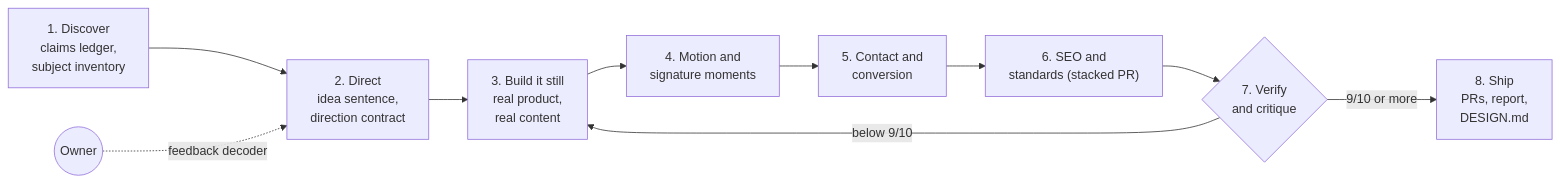
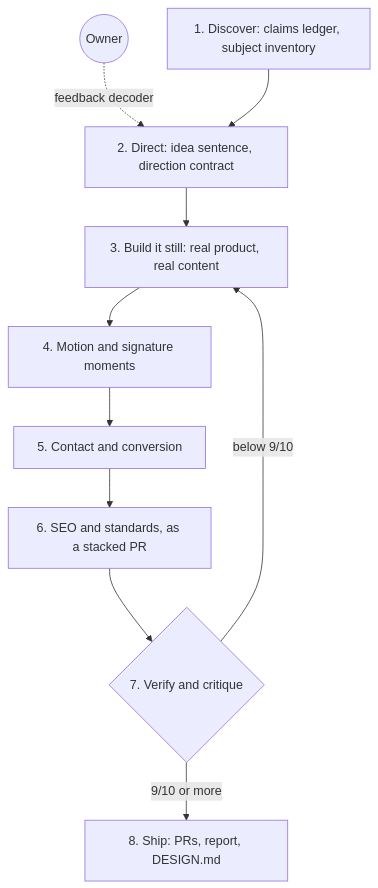
One commit to vvhybe/skills changed the diagram in README.md. Above: the diagram before and after it, drawn with Mermaid. The commit also changed other lines of this file, not shown here.

Commit message:
docs: make the README flowchart readable on GitHub
Top-down layout so it renders at full size, numbered labels, and a real header for the comparison table.

````diff
--- a/README.md
+++ b/README.md
@@ -95,12 +95,12 @@
 ```mermaid
-flowchart LR
-  D["1. Discover<br/>claims ledger,<br/>subject inventory"] --> R["2. Direct<br/>idea sentence,<br/>direction contract"]
-  R --> B["3. Build it still<br/>real product,<br/>real content"]
-  B --> M["4. Motion and<br/>signature moments"]
-  M --> C["5. Contact and<br/>conversion"]
-  C --> S["6. SEO and<br/>standards (stacked PR)"]
-  S --> V{"7. Verify<br/>and critique"}
+flowchart TD
+  O(("Owner")) -. "feedback decoder" .-> R
+  D["1. Discover: claims ledger, subject inventory"] --> R["2. Direct: idea sentence, direction contract"]
+  R --> B["3. Build it still: real product, real content"]
+  B --> M["4. Motion and signature moments"]
+  M --> C["5. Contact and conversion"]
+  C --> S["6. SEO and standards, as a stacked PR"]
+  S --> V{"7. Verify and critique"}
   V -- "below 9/10" --> B
-  V -- "9/10 or more" --> P["8. Ship<br/>PRs, report,<br/>DESIGN.md"]
-  O(("Owner")) -. "feedback decoder" .-> R
+  V -- "9/10 or more" --> P["8. Ship: PRs, report, DESIGN.md"]
 ```
````
